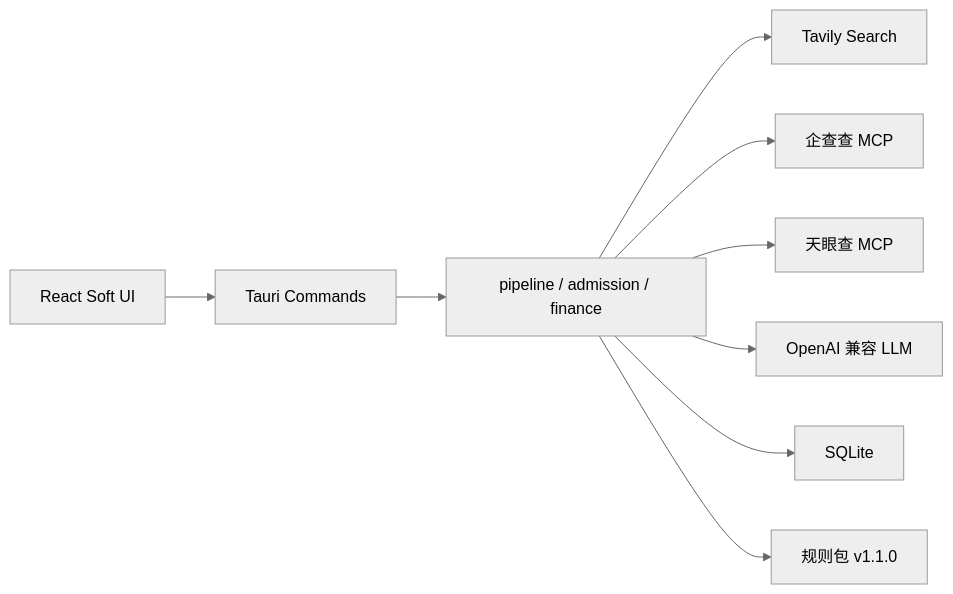
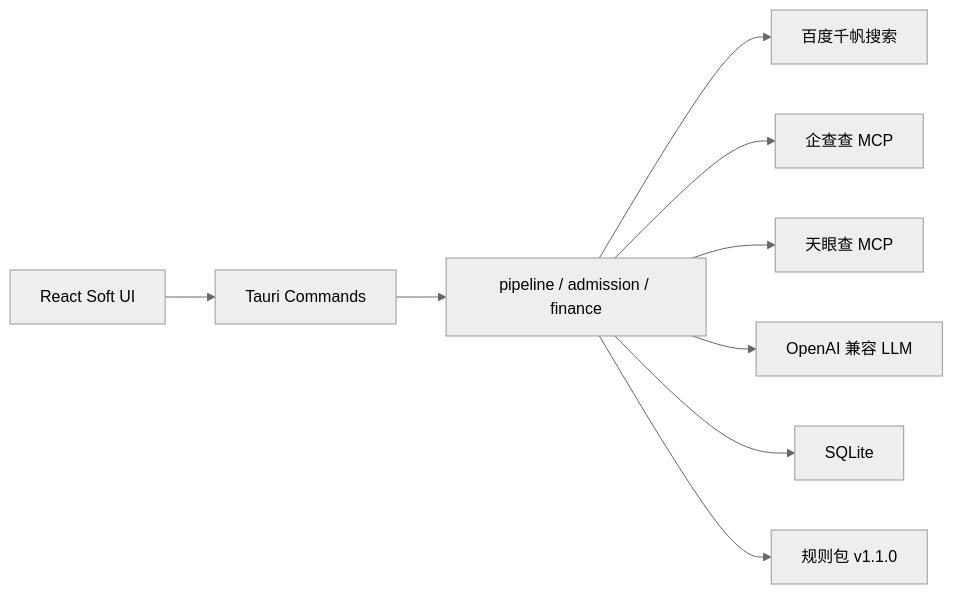
The diagram in README.md (kobebryant111/axion-risk-agent), drawn with Mermaid (neutral theme) before and after one commit. The commit also changed other lines of this file and 23 other files, not shown here.

````diff
--- a/README.md
+++ b/README.md
@@ -136,11 +138,11 @@
 ```mermaid
 flowchart LR
   UI["React Soft UI"] --> CMD["Tauri Commands"]
   CMD --> PIPE["pipeline / admission / finance"]
-  PIPE --> TAV["Tavily Search"]
+  PIPE --> QF["百度千帆搜索"]
   PIPE --> QCC["企查查 MCP"]
   PIPE --> TYC["天眼查 MCP"]
   PIPE --> LLM["OpenAI 兼容 LLM"]
   PIPE --> DB["SQLite"]
   PIPE --> RULES["规则包 v1.1.0"]
 ```
````
